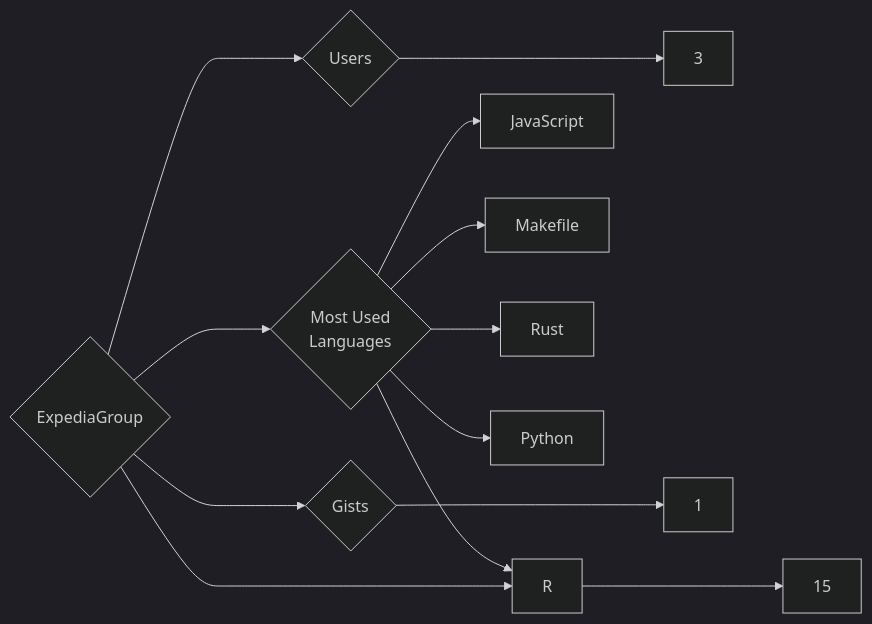
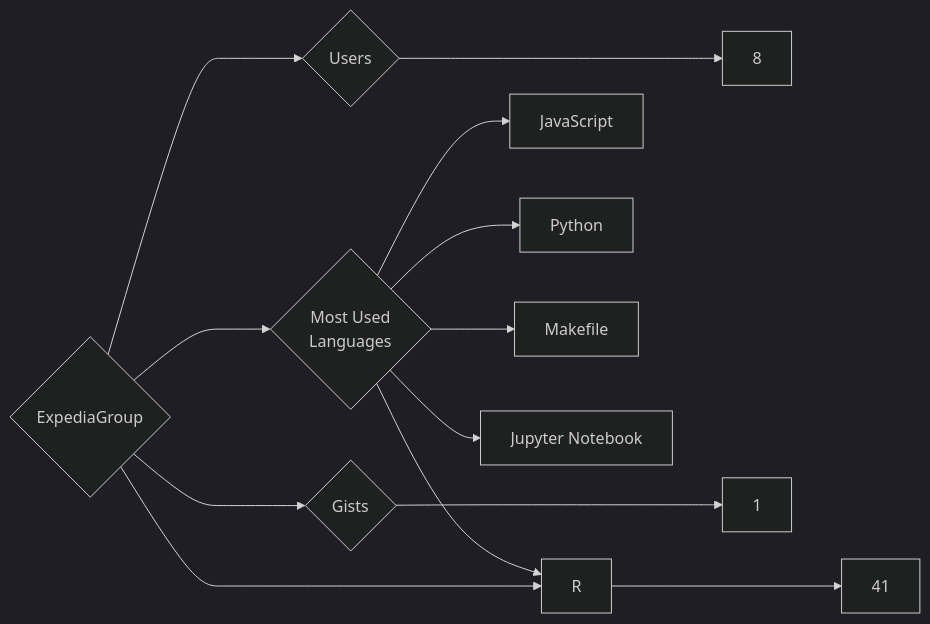
One commit to trickest/insiders changed the diagram in targets/ExpediaGroup/README.md. Above: the diagram before and after it, drawn with Mermaid (dark theme). The commit also changed 1007 other files, not shown here.

````diff
--- a/targets/ExpediaGroup/README.md
+++ b/targets/ExpediaGroup/README.md
@@ -3,13 +3,13 @@
 ```mermaid
 graph LR
 COMPANY_NAME{ExpediaGroup}
-COMPANY_NAME ---> U{Users} ---> UN[3]
-COMPANY_NAME ---> R{Repositories} ---> RN[15]
+COMPANY_NAME ---> U{Users} ---> UN[8]
+COMPANY_NAME ---> R{Repositories} ---> RN[41]
 COMPANY_NAME ---> G{Gists} ---> GN[1]
 COMPANY_NAME ---> ML{Most Used<br>Languages}
 ML --> JavaScript[JavaScript]
+ML --> Python[Python]
 ML --> Makefile[Makefile]
+ML --> Jupyter_Notebook[Jupyter Notebook]
 ML --> R[R]
-ML --> Rust[Rust]
-ML --> Python[Python]
 ```
````
